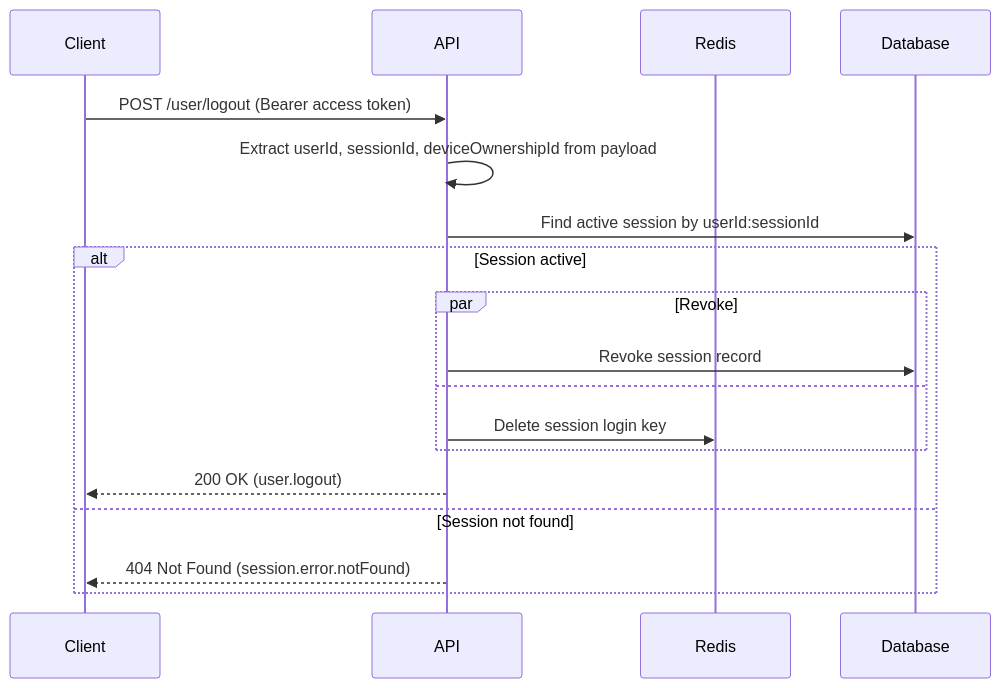
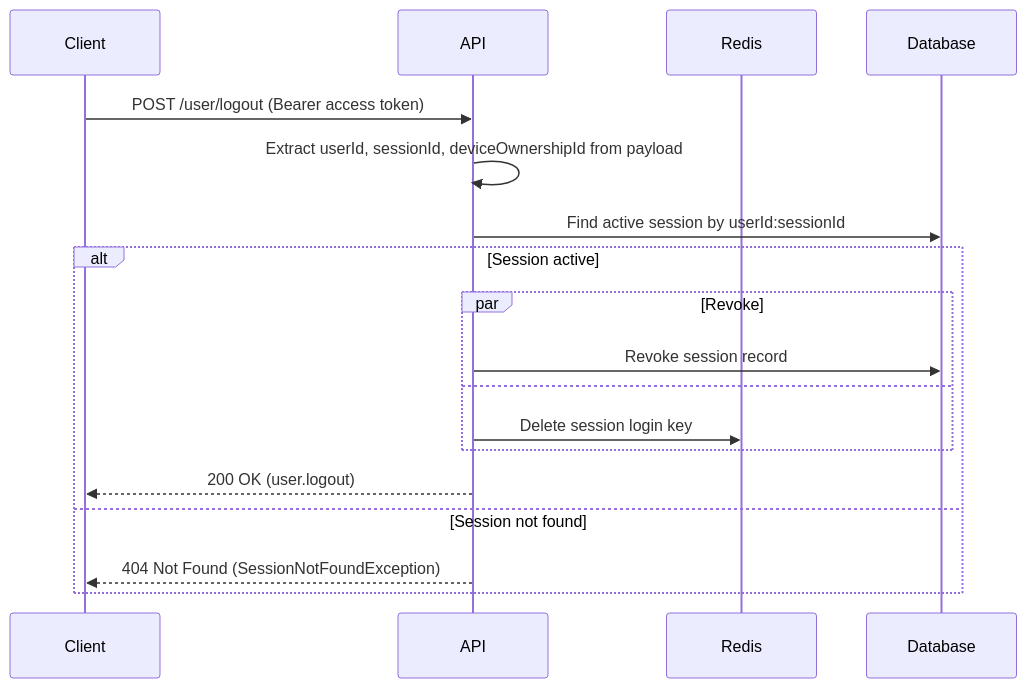
The fourth of 9 diagrams in docs/authentication.md (andrechristikan/ack-nestjs-boilerplate), drawn with Mermaid before and after one commit. The commit also changed other lines of this file and 156 other files, not shown here.

Commit message:
refactor: error exception and filter

````diff
--- a/docs/authentication.md
+++ b/docs/authentication.md
@@ -351,21 +351,21 @@
 ```mermaid
 sequenceDiagram
     participant Client
     participant API
     participant Redis
     participant Database
 
     Client->>API: POST /user/logout (Bearer access token)
     API->>API: Extract userId, sessionId, deviceOwnershipId from payload
     API->>Database: Find active session by userId:sessionId
     alt Session active
         par Revoke
             API->>Database: Revoke session record
         and
             API->>Redis: Delete session login key
         end
         API-->>Client: 200 OK (user.logout)
     else Session not found
-        API-->>Client: 404 Not Found (session.error.notFound)
+        API-->>Client: 404 Not Found (SessionNotFoundException)
     end
 ```
````
